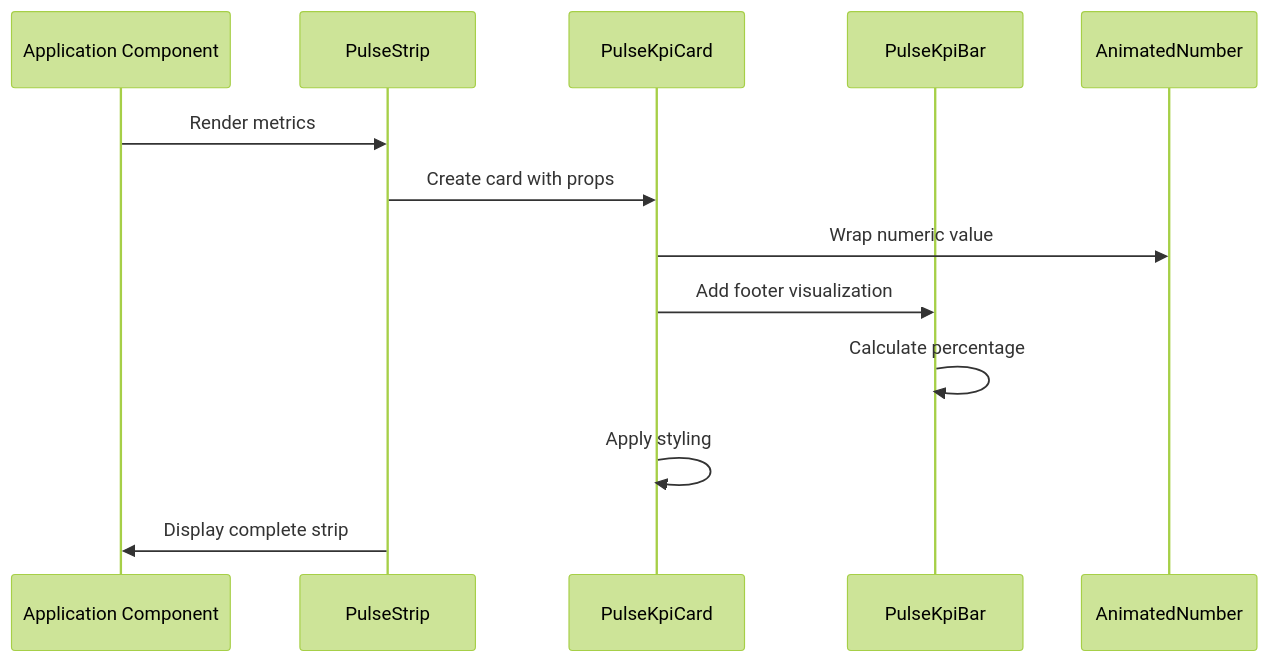
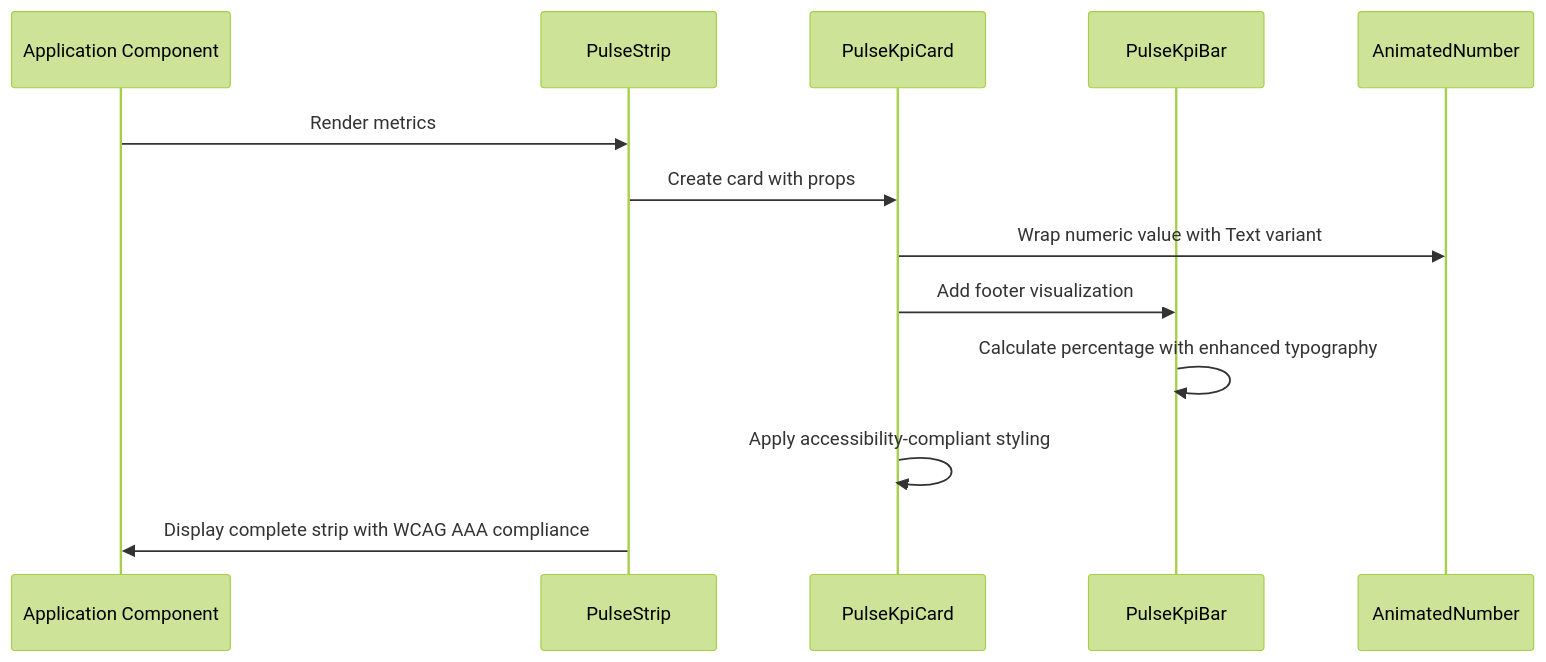
The third of 3 diagrams in .qoder/repowiki/en/content/Design System/PulseKpiCard Component System.md (SinesysTech/zattar-os), drawn with Mermaid (forest theme) before and after one commit. The commit also changed other lines of this file and 22 other files, not shown here.

````diff
--- a/.qoder/repowiki/en/content/Design System/PulseKpiCard Component System.md
+++ b/.qoder/repowiki/en/content/Design System/PulseKpiCard Component System.md
@@ -192,15 +349,15 @@
 ```mermaid
 sequenceDiagram
 participant App as Application Component
 participant Strip as PulseStrip
 participant Card as PulseKpiCard
 participant Bar as PulseKpiBar
 participant Anim as AnimatedNumber
 App->>Strip : Render metrics
 Strip->>Card : Create card with props
-Card->>Anim : Wrap numeric value
+Card->>Anim : Wrap numeric value with Text variant
 Card->>Bar : Add footer visualization
-Bar->>Bar : Calculate percentage
-Card->>Card : Apply styling
-Strip->>App : Display complete strip
+Bar->>Bar : Calculate percentage with enhanced typography
+Card->>Card : Apply accessibility-compliant styling
+Strip->>App : Display complete strip with WCAG AAA compliance
 ```
````
